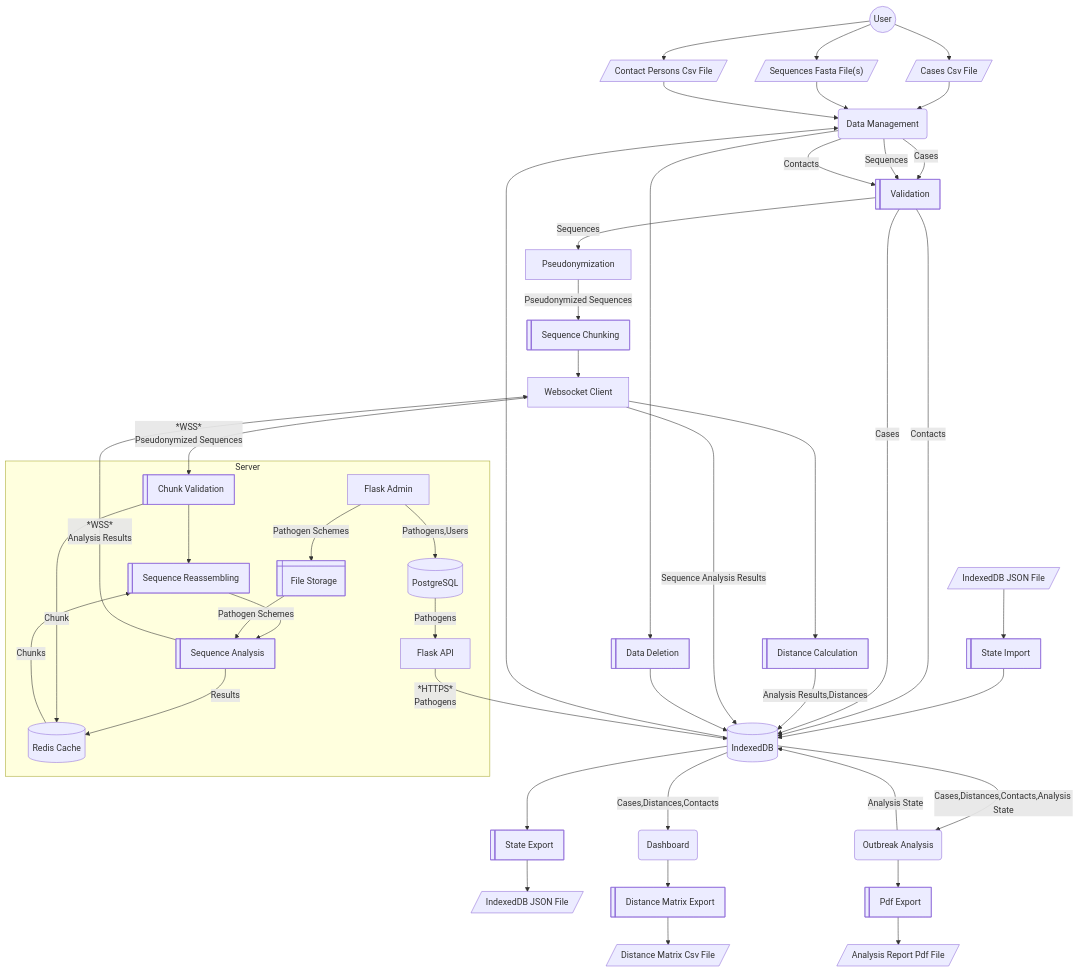
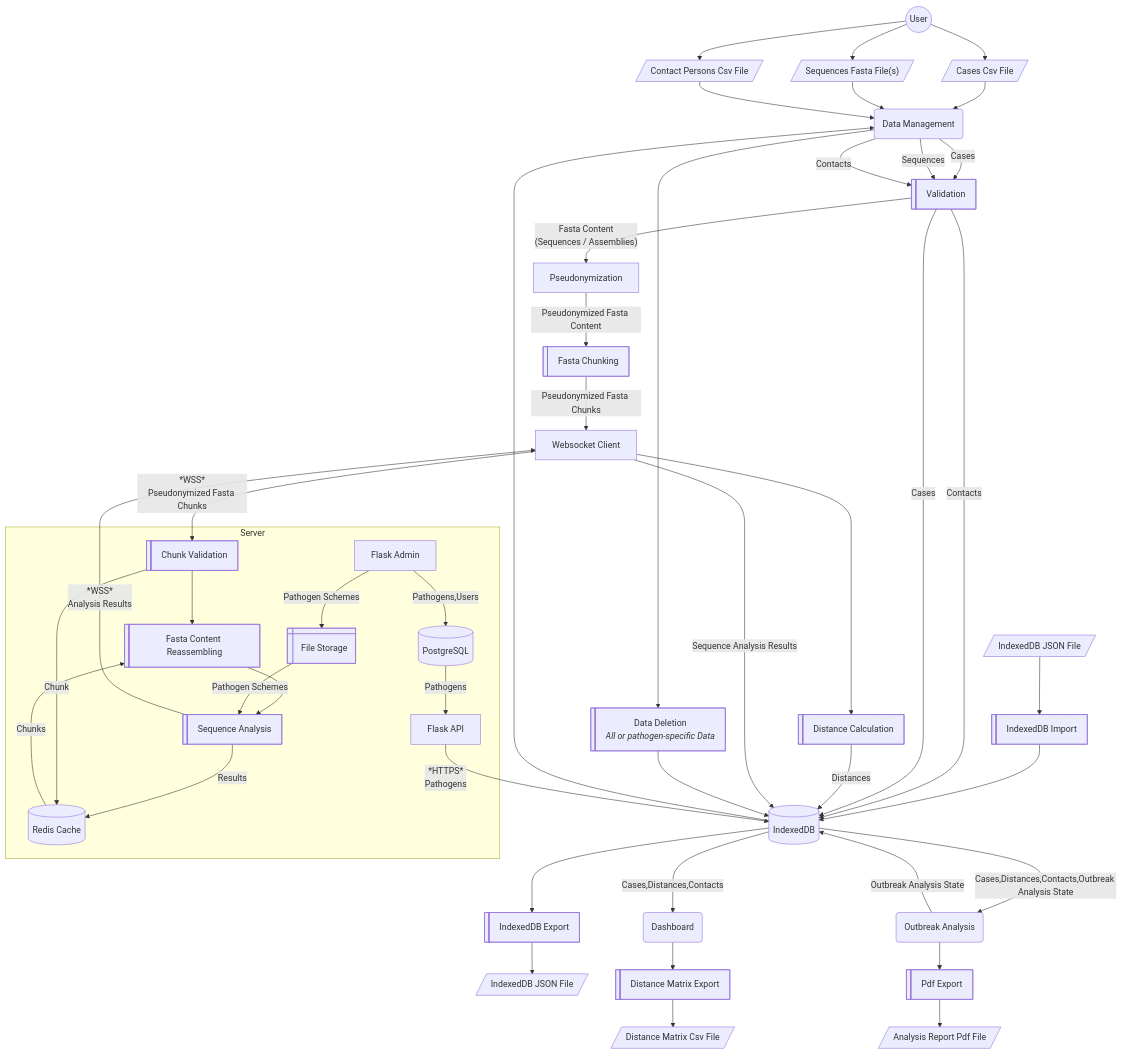
One commit to DiltheyLab/GENTRAIN changed the third of 5 diagrams in documentation/docs/developers/data_management.md. Above: the diagram before and after it, drawn with Mermaid.

Commit message:
docs: adjust flow chart

````diff
--- a/documentation/docs/developers/data_management.md
+++ b/documentation/docs/developers/data_management.md
@@ -140,34 +140,34 @@
 ```mermaid
 graph TB
 User@{ shape: circle, label: "User" }-->Input_Cases
 User@{ shape: circle, label: "User" }-->Input_Samples
 User@{ shape: circle, label: "User" }-->Input_Contacts
 Input_Cases@{ shape: lean-r, label: "Cases Csv File"}-->Data_Management--Cases-->Validation
 Input_Samples@{ shape: lean-r, label: "Sequences Fasta File(s)"}-->Data_Management--Sequences-->Validation
 Input_Contacts@{ shape: lean-r, label: "Contact Persons Csv File"}-->Data_Management--Contacts-->Validation
-Input_JSON@{ shape: lean-r, label: "IndexedDB JSON File"}-->State_Import@{ shape: lin-rect, label: "State Import" }-->IndexedDB
+Input_JSON@{ shape: lean-r, label: "IndexedDB JSON File"}-->State_Import@{ shape: lin-rect, label: "IndexedDB Import" }-->IndexedDB
 API--"*HTTPS*<br/>Pathogens"-->IndexedDB
-Validation@{ shape: lin-rect, label: "Validation" }--Sequences-->Pseudonymization--"Pseudonymized Sequences"-->Sequence_Chunking@{ shape: lin-rect, label: "Sequence Chunking" }
+Validation@{ shape: lin-rect, label: "Validation" }--"Fasta Content<br/>(Sequences / Assemblies)"-->Pseudonymization--"Pseudonymized Fasta Content"-->Fasta_Chunking@{ shape: lin-rect, label: "Fasta Chunking" }
 Validation--Contacts-->IndexedDB
 Validation--Cases-->IndexedDB
-Sequence_Chunking-->Websocket_Client[Websocket Client]--"*WSS*<br/>Pseudonymized Sequences"-->Chunk_Validation
+Fasta_Chunking--Pseudonymized Fasta Chunks-->Websocket_Client[Websocket Client]--"*WSS*<br/>Pseudonymized Fasta Chunks"-->Chunk_Validation
 subgraph Server
     Chunk_Validation
-    Redis--Chunks-->Sequence_Reassembling
-    Chunk_Validation@{ shape: lin-rect, label: "Chunk Validation" }-->Sequence_Reassembling@{ shape: lin-rect, label: "Sequence Reassembling" }-->Sequence_Analysis@{ shape: lin-rect, label: "Sequence Analysis" }--Results-->Redis[(Redis Cache)]
+    Redis--Chunks-->Fasta_Content_Reassembling
+    Chunk_Validation@{ shape: lin-rect, label: "Chunk Validation" }-->Fasta_Content_Reassembling@{ shape: lin-rect, label: "Fasta Content Reassembling" }-->Sequence_Analysis@{ shape: lin-rect, label: "Sequence Analysis" }--Results-->Redis[(Redis Cache)]
     Chunk_Validation--Chunk-->Redis
     File_Storage--"Pathogen Schemes"-->Sequence_Analysis
     Flask_Admin--"Pathogen Schemes"-->File_Storage@{ shape: win-pane, label: "File Storage" }
     Flask_Admin[Flask Admin]--Pathogens,Users-->PostgreSQL
     PostgreSQL[(PostgreSQL)]--Pathogens-->API[Flask API]
 end
-Sequence_Analysis--"*WSS*<br/>Analysis Results"-->Websocket_Client[Websocket Client]-->Distance_Calculation@{ shape: lin-rect, label: "Distance Calculation" }--"Analysis Results,Distances"-->IndexedDB
+Sequence_Analysis--"*WSS*<br/>Analysis Results"-->Websocket_Client[Websocket Client]-->Distance_Calculation@{ shape: lin-rect, label: "Distance Calculation" }--"Distances"-->IndexedDB
 IndexedDB[(IndexedDB)]--Cases,Distances,Contacts-->Dashboard(Dashboard)
 Websocket_Client[Websocket Client]--"Sequence Analysis Results"-->IndexedDB
-IndexedDB-->State_Export@{ shape: lin-rect, label: "State Export" }-->Output_JSON@{ shape: lean-r, label: "IndexedDB JSON File"}
+IndexedDB-->State_Export@{ shape: lin-rect, label: "IndexedDB Export" }-->Output_JSON@{ shape: lean-r, label: "IndexedDB JSON File"}
 Dashboard-->DM_Export@{ shape: lin-rect, label: "Distance Matrix Export" }-->Distance_Matrix_Csv@{ shape: lean-r, label: "Distance Matrix Csv File"}
-Outbreak_Analysis--"Analysis State"-->
-IndexedDB[(IndexedDB)]--"Cases,Distances,Contacts,Analysis State"-->Outbreak_Analysis(Outbreak Analysis)
-IndexedDB[(IndexedDB)]-->Data_Management(Data Management)-->Data_Deletion@{ shape: lin-rect, label: "Data Deletion" }-->IndexedDB
+Outbreak_Analysis--"Outbreak Analysis State"-->
+IndexedDB[(IndexedDB)]--"Cases,Distances,Contacts,Outbreak Analysis State"-->Outbreak_Analysis(Outbreak Analysis)
+IndexedDB[(IndexedDB)]-->Data_Management(Data Management)-->Data_Deletion@{ shape: lin-rect, label: "Data Deletion<br/><i>All or pathogen-specific Data</i>" }-->IndexedDB
 Outbreak_Analysis-->Pdf_Export@{ shape: lin-rect, label: "Pdf Export" }-->Pdf_Report@{ shape: lean-r, label: "Analysis Report Pdf File"}
 ```
````
